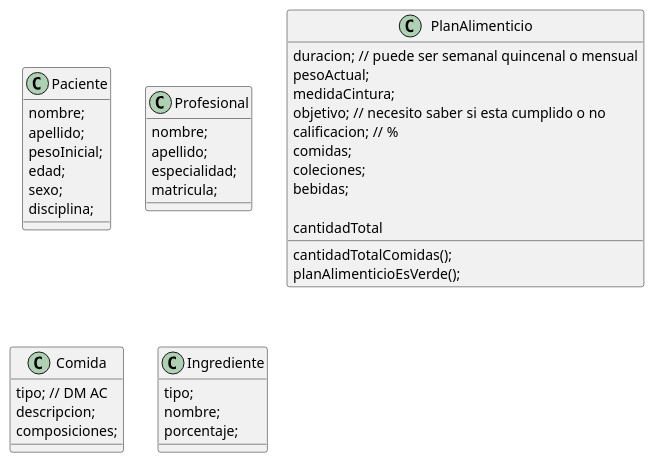
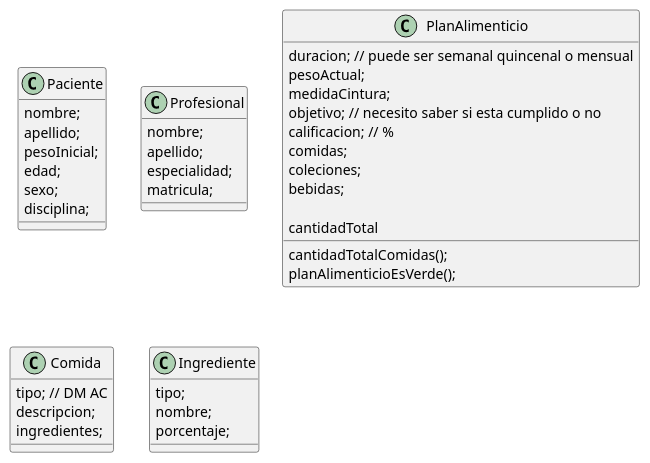
The diagram in uml/ricoSanoNatural.puml (LeandroBenitez12/ricosanoynatural), drawn with PlantUML before and after one commit. The commit also changed 3 other files, not shown here.

```diff
--- a/uml/ricoSanoNatural.puml
+++ b/uml/ricoSanoNatural.puml
@@ -1,42 +1,41 @@
 class Paciente{
     nombre;
     apellido;
     pesoInicial;
     edad;
     sexo;
     disciplina;
 }
 class Profesional{
     nombre;
     apellido;
     especialidad;
     matricula;
 
 }
 class PlanAlimenticio{
     duracion; // puede ser semanal quincenal o mensual
     pesoActual;
     medidaCintura;
     objetivo; // necesito saber si esta cumplido o no
     calificacion; // %
     comidas;
     coleciones;
     bebidas;
 
     cantidadTotalComidas();
     planAlimenticioEsVerde();
     cantidadTotal
 }
 
 class Comida{
     tipo; // DM AC
     descripcion;
-    composiciones;
+    ingredientes;
 }
 
 class Ingrediente{
     tipo;
     nombre;
     porcentaje;
-
 }
```
